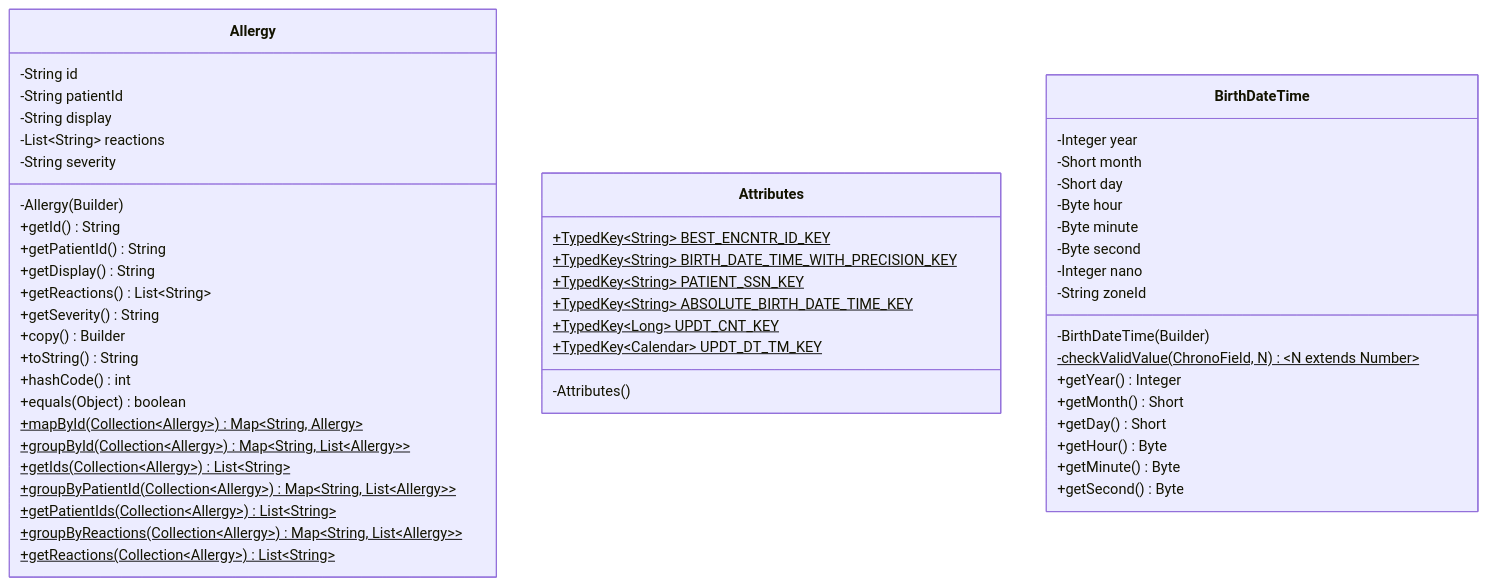
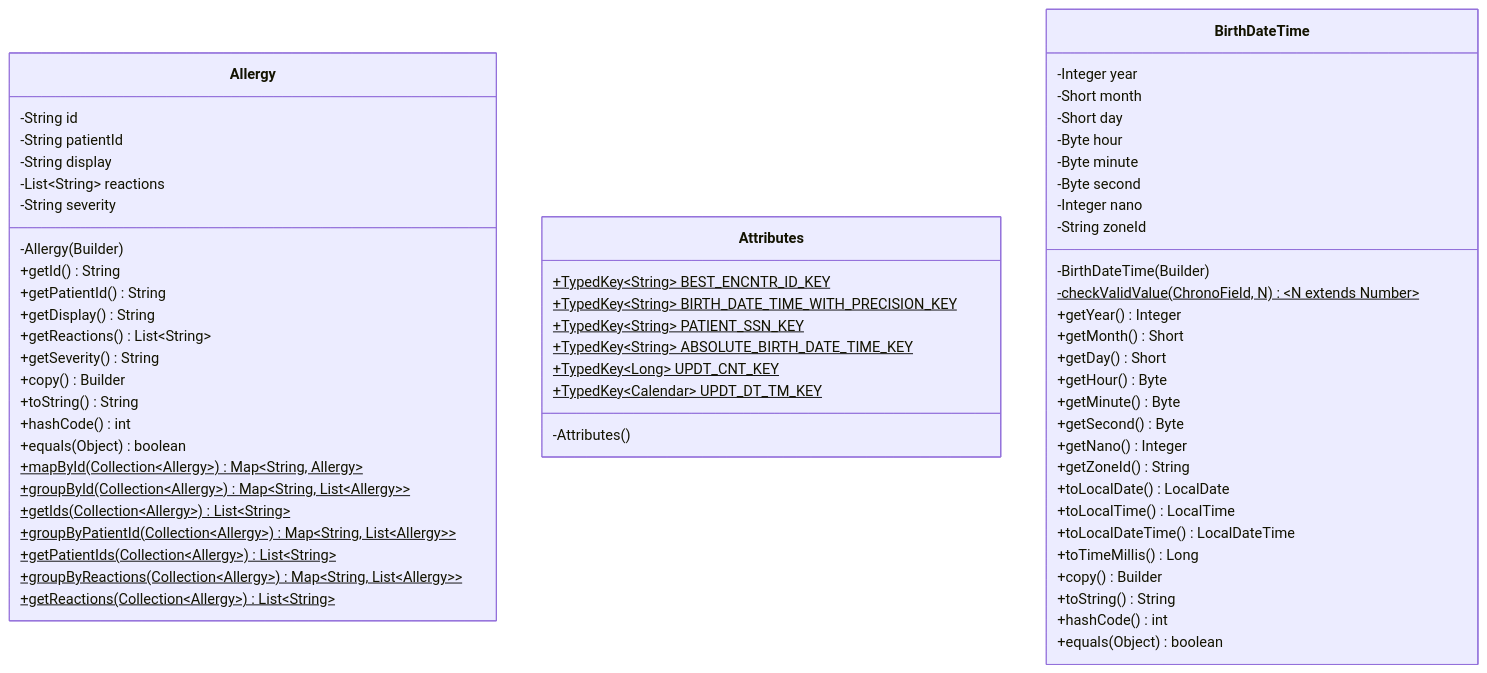
The diagram in README.md (abhishek171287/FACE-RECOGNITION-ATTENDANCE-SYSTEM-USING-RASPBERRY-PI), drawn with Mermaid before and after one commit.

````diff
--- a/README.md
+++ b/README.md
@@ -6,56 +6,66 @@
 ```mermaid
 classDiagram
     class Allergy{
         -String id
         -String patientId
         -String display
         -List~String~ reactions
         -String severity
         -Allergy(Builder)
         +getId() String
         +getPatientId() String
         +getDisplay() String
         +getReactions() List~String~
         +getSeverity() String
         +copy() Builder
         +toString() String
         +hashCode() int
         +equals(Object) boolean
         +mapById(Collection~Allergy~)$ Map&lt;String, Allergy&gt;
         +groupById(Collection~Allergy~)$ Map&lt;String, List~Allergy~&gt;
         +getIds(Collection~Allergy~)$ List~String~
         +groupByPatientId(Collection~Allergy~)$ Map&lt;String, List~Allergy~&gt;
         +getPatientIds(Collection~Allergy~)$ List~String~
         +groupByReactions(Collection~Allergy~)$ Map&lt;String, List~Allergy~&gt;
         +getReactions(Collection~Allergy~)$ List~String~
     }
 
     class Attributes{
         +TypedKey~String~  BEST_ENCNTR_ID_KEY$
         +TypedKey~String~ BIRTH_DATE_TIME_WITH_PRECISION_KEY$
         +TypedKey~String~ PATIENT_SSN_KEY$
         +TypedKey~String~ ABSOLUTE_BIRTH_DATE_TIME_KEY$
         +TypedKey~Long~ UPDT_CNT_KEY$
         +TypedKey~Calendar~ UPDT_DT_TM_KEY$
         -Attributes()
     }
 
     class BirthDateTime{
         -Integer year
         -Short month
         -Short day
         -Byte hour
         -Byte minute
         -Byte second
         -Integer nano
         -String zoneId
         -BirthDateTime(Builder)
         -checkValidValue(ChronoField, N)$ &lt;N extends Number&gt;
         +getYear() Integer
         +getMonth() Short
         +getDay() Short
         +getHour() Byte
         +getMinute() Byte
         +getSecond() Byte
+        +getNano() Integer
+        +getZoneId() String
+        +toLocalDate() LocalDate
+        +toLocalTime() LocalTime
+        +toLocalDateTime() LocalDateTime
+        +toTimeMillis() Long
+        +copy() Builder
+        +toString() String
+        +hashCode() int
+        +equals(Object) boolean
     }
   ```
````
